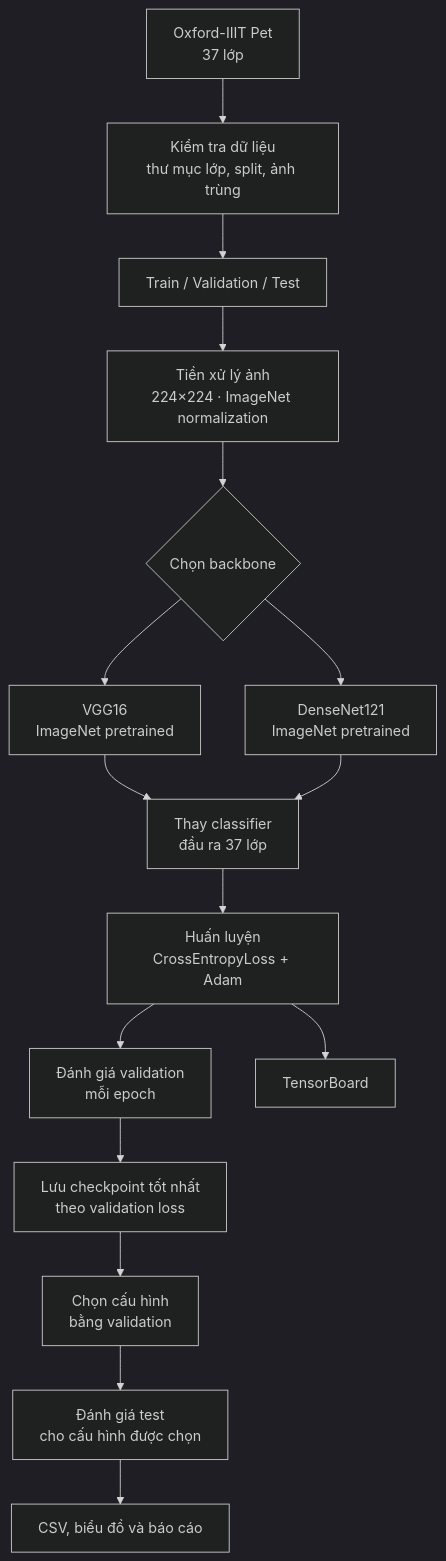
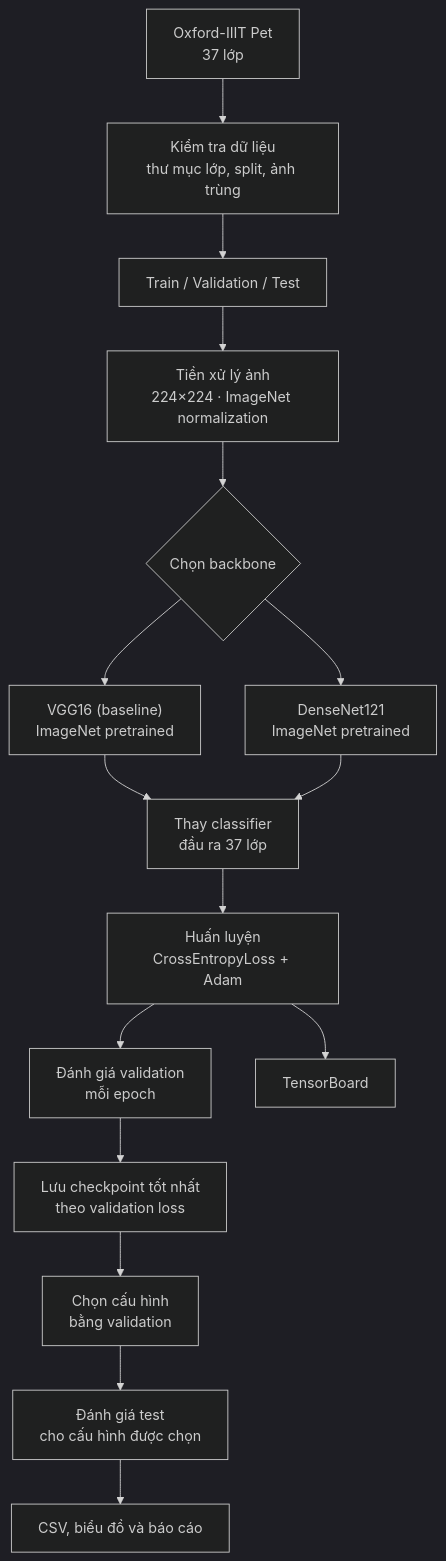
Before and after one commit to Bao-Dev-Collab/BAI_E2: the diagram in README.md, drawn with Mermaid (dark theme). The commit also changed other lines of this file and 2 other files, not shown here.

````diff
--- a/README.md
+++ b/README.md
@@ -58,18 +85,18 @@
 ```mermaid
 flowchart TD
     A["Oxford-IIIT Pet<br/>37 lớp"] --> B["Kiểm tra dữ liệu<br/>thư mục lớp, split, ảnh trùng"]
     B --> C["Train / Validation / Test"]
     C --> D["Tiền xử lý ảnh<br/>224×224 · ImageNet normalization"]
     D --> E{"Chọn backbone"}
-    E --> F["VGG16<br/>ImageNet pretrained"]
+    E --> F["VGG16 (baseline)<br/>ImageNet pretrained"]
     E --> G["DenseNet121<br/>ImageNet pretrained"]
     F --> H["Thay classifier<br/>đầu ra 37 lớp"]
     G --> H
     H --> I["Huấn luyện<br/>CrossEntropyLoss + Adam"]
     I --> J["Đánh giá validation<br/>mỗi epoch"]
     J --> K["Lưu checkpoint tốt nhất<br/>theo validation loss"]
     K --> L["Chọn cấu hình<br/>bằng validation"]
     L --> M["Đánh giá test<br/>cho cấu hình được chọn"]
     I --> N["TensorBoard"]
     M --> O["CSV, biểu đồ và báo cáo"]
 ```
````
